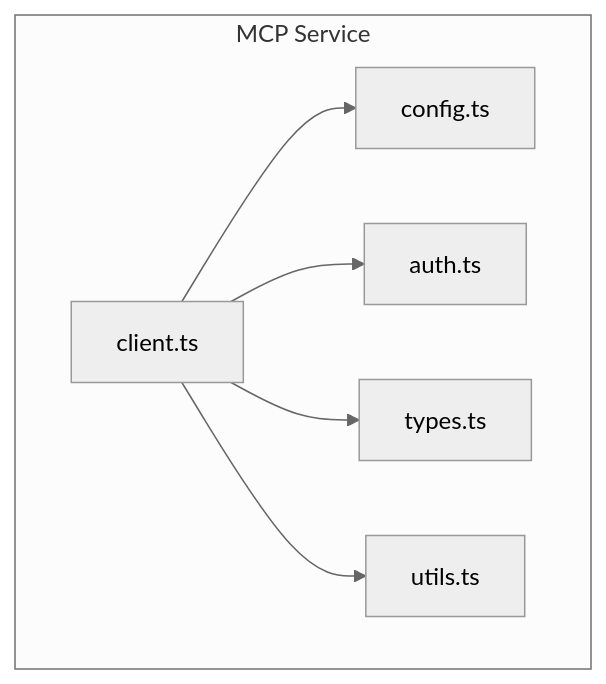
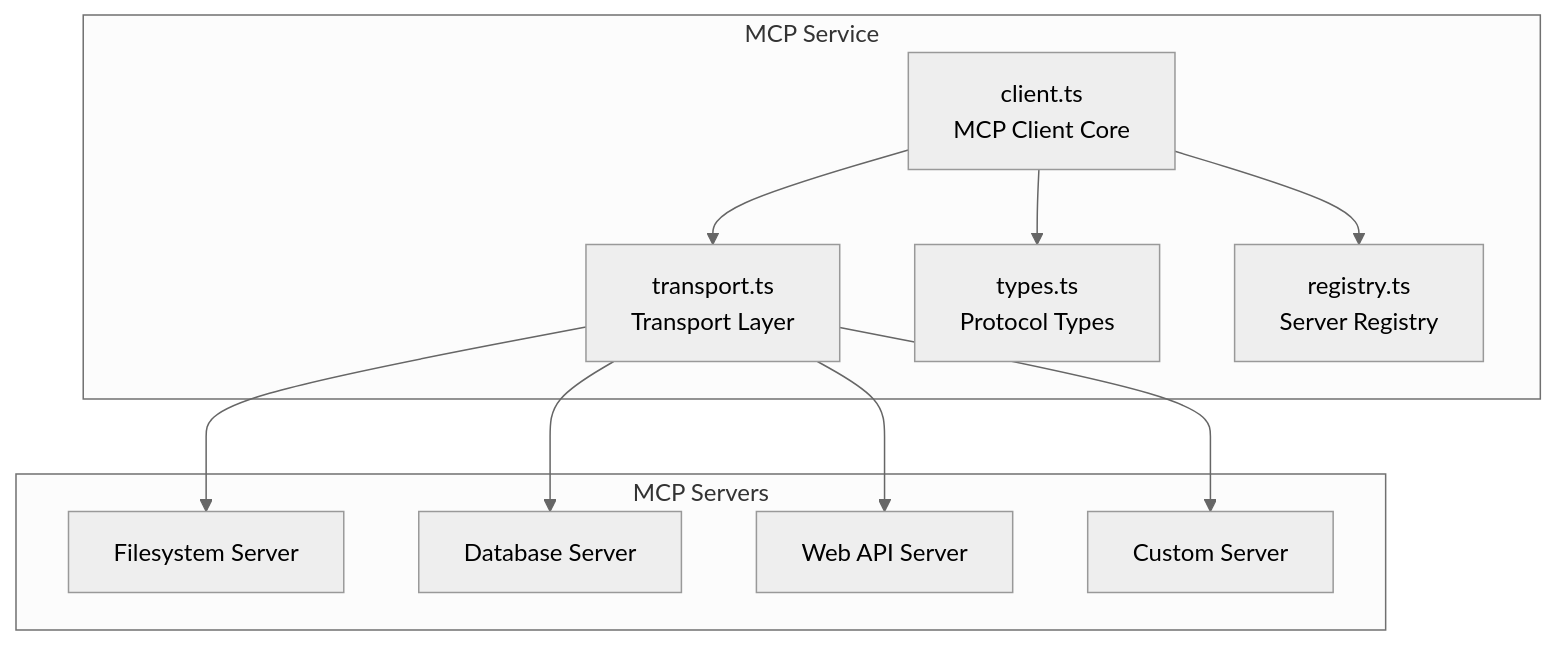
One commit to niuma996/claude-code-sourcemap-wiki changed the first of 3 diagrams in .nium-wiki/wiki_en/services/mcp.md. Above: the diagram before and after it, drawn with Mermaid (neutral theme). The commit also changed other lines of this file and 41 other files, not shown here.

````diff
--- a/.nium-wiki/wiki_en/services/mcp.md
+++ b/.nium-wiki/wiki_en/services/mcp.md
@@ -11,14 +15,22 @@
 ```mermaid
 flowchart TB
-    subgraph MC ["MCP Service"]
-        Client[client.ts]
-        Config[config.ts]
-        Auth[auth.ts]
-        Types[types.ts]
-        Utils[utils.ts]
+    subgraph MCPServices["MCP Service"]
+        Client["client.ts<br/>MCP Client Core"]
+        Transport["transport.ts<br/>Transport Layer"]
+        Types["types.ts<br/>Protocol Types"]
+        Registry["registry.ts<br/>Server Registry"]
     end
-    Client --> Config
-    Client --> Auth
+    subgraph MCPServers["MCP Servers"]
+        FileSystem["Filesystem Server"]
+        Database["Database Server"]
+        WebAPI["Web API Server"]
+        Custom["Custom Server"]
+    end
+    Client --> Transport
     Client --> Types
-    Client --> Utils
+    Client --> Registry
+    Transport --> FileSystem
+    Transport --> Database
+    Transport --> WebAPI
+    Transport --> Custom
 ```
````
